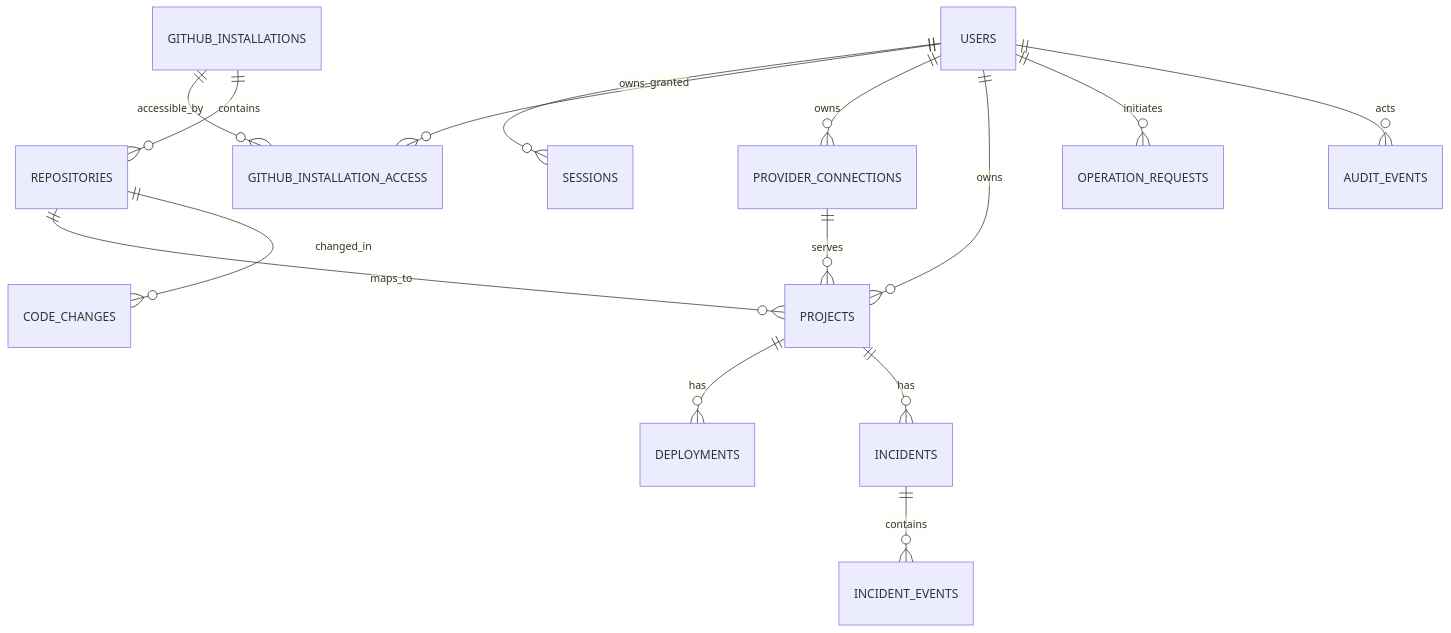
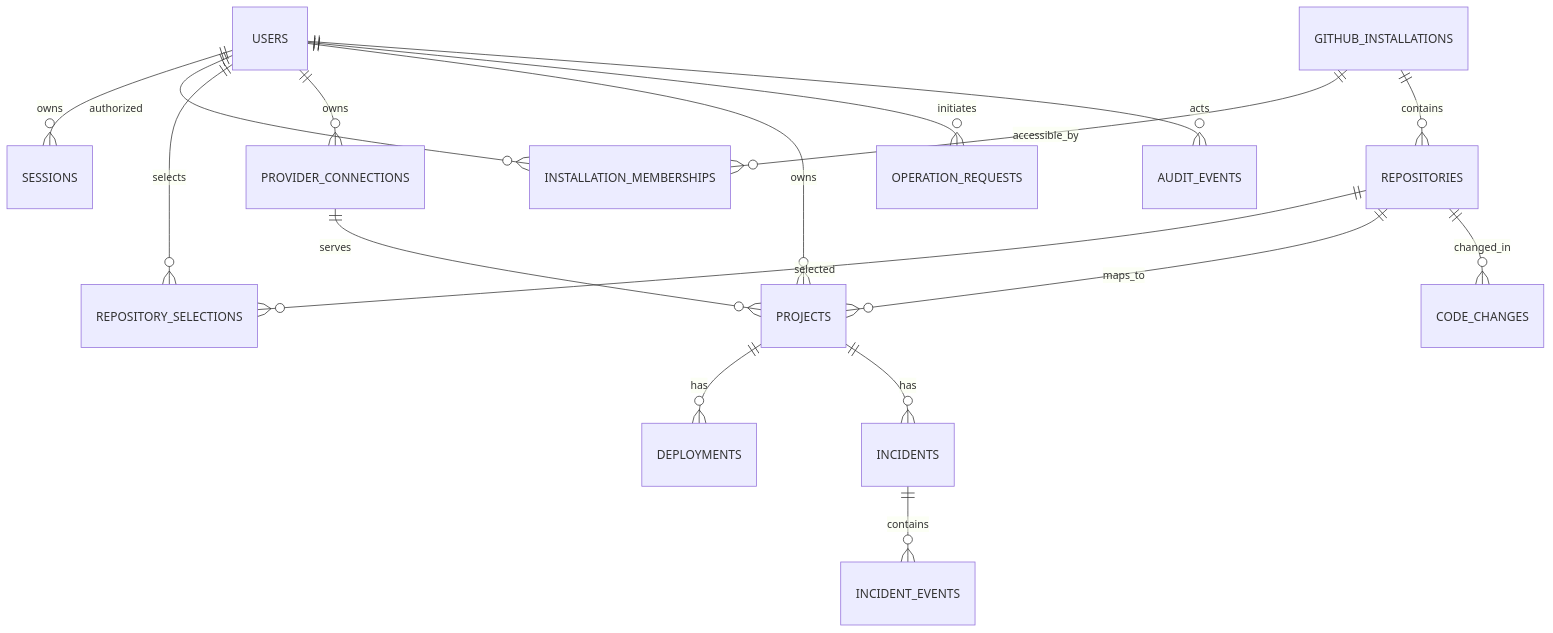
The diagram in docs/DATABASE.md (Ayomidade/pocketops), drawn with Mermaid before and after one commit. The commit also changed other lines of this file and 73 other files, not shown here.

````diff
--- a/docs/DATABASE.md
+++ b/docs/DATABASE.md
@@ -11,17 +13,19 @@
 ```mermaid
  erDiagram
   USERS ||--o{ SESSIONS : owns
-  USERS ||--o{ GITHUB_INSTALLATION_ACCESS : granted
-  GITHUB_INSTALLATIONS ||--o{ GITHUB_INSTALLATION_ACCESS : accessible_by
+  USERS ||--o{ INSTALLATION_MEMBERSHIPS : authorized
+  GITHUB_INSTALLATIONS ||--o{ INSTALLATION_MEMBERSHIPS : accessible_by
   GITHUB_INSTALLATIONS ||--o{ REPOSITORIES : contains
+  USERS ||--o{ REPOSITORY_SELECTIONS : selects
+  REPOSITORIES ||--o{ REPOSITORY_SELECTIONS : selected
   USERS ||--o{ PROVIDER_CONNECTIONS : owns
   USERS ||--o{ PROJECTS : owns
   REPOSITORIES ||--o{ PROJECTS : maps_to
   PROVIDER_CONNECTIONS ||--o{ PROJECTS : serves
   REPOSITORIES ||--o{ CODE_CHANGES : changed_in
   PROJECTS ||--o{ DEPLOYMENTS : has
   PROJECTS ||--o{ INCIDENTS : has
   INCIDENTS ||--o{ INCIDENT_EVENTS : contains
   USERS ||--o{ OPERATION_REQUESTS : initiates
   USERS ||--o{ AUDIT_EVENTS : acts
 ```
````
